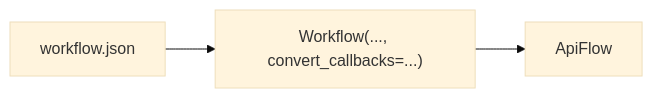
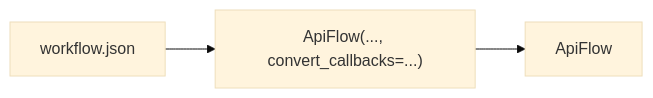
The second of 5 diagrams in docs/mapping.md (chrisdreid/comfyui-autoflow), drawn with Mermaid (base theme) before and after one commit. The commit also changed other lines of this file and 31 other files, not shown here.

Commit message:
Workflow class refactoring (Option A): absorbing auto-detection into ApiFlow, deprecating Workflow as a compatibility alias. Covers changes across models.py, flowtree.py, cli.py and smoke test results.

````diff
--- a/docs/mapping.md
+++ b/docs/mapping.md
@@ -19,5 +19,5 @@
 ```mermaid
 flowchart LR
-  workflowJson["workflow.json"] --> convert["Workflow(..., convert_callbacks=...)"]
+  workflowJson["workflow.json"] --> convert["ApiFlow(..., convert_callbacks=...)"]
   convert --> apiFlow["ApiFlow"]
 ```
````
